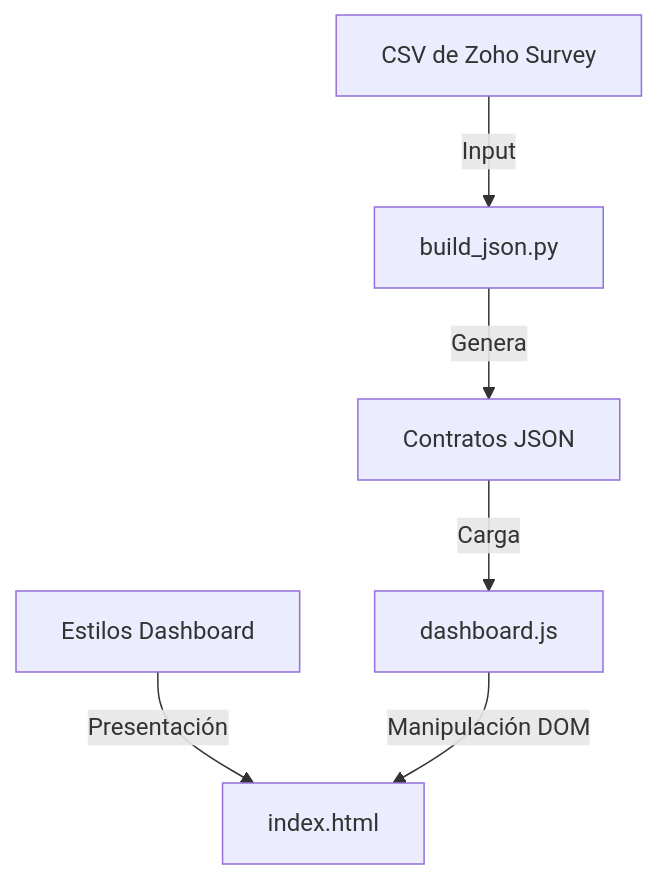
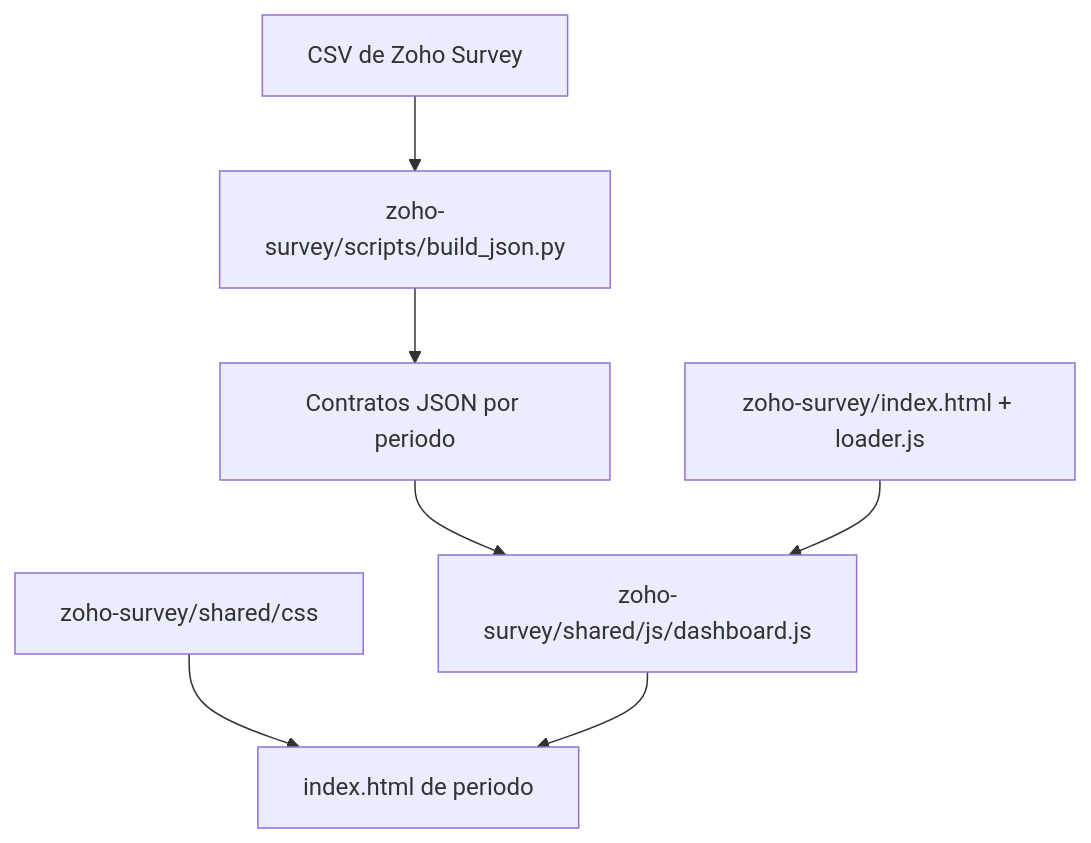
Before and after one commit to Universidad-de-Lima/survey-storytelling: the diagram in ARCHITECTURE.md, drawn with Mermaid. The commit also changed other lines of this file, not shown here.

Commit message:
docs: focus architecture on canonical technical structure

````diff
--- a/ARCHITECTURE.md
+++ b/ARCHITECTURE.md
@@ -7,8 +7,9 @@
 ```mermaid
 graph TD
-    CSV[CSV de Zoho Survey] -->|Input| ETL[build_json.py]
-    ETL -->|Genera| JSON[Contratos JSON]
-    JSON -->|Carga| JS[dashboard.js]
-    CSS[Estilos Dashboard] -->|Presentación| HTML[index.html]
-    JS -->|Manipulación DOM| HTML
+    CSV[CSV de Zoho Survey] --> ETL[zoho-survey/scripts/build_json.py]
+    ETL --> JSON[Contratos JSON por periodo]
+    JSON --> DASH[zoho-survey/shared/js/dashboard.js]
+    LOADER[zoho-survey/index.html + loader.js] --> DASH
+    CSS[zoho-survey/shared/css] --> HTML[index.html de periodo]
+    DASH --> HTML
 ```
````
